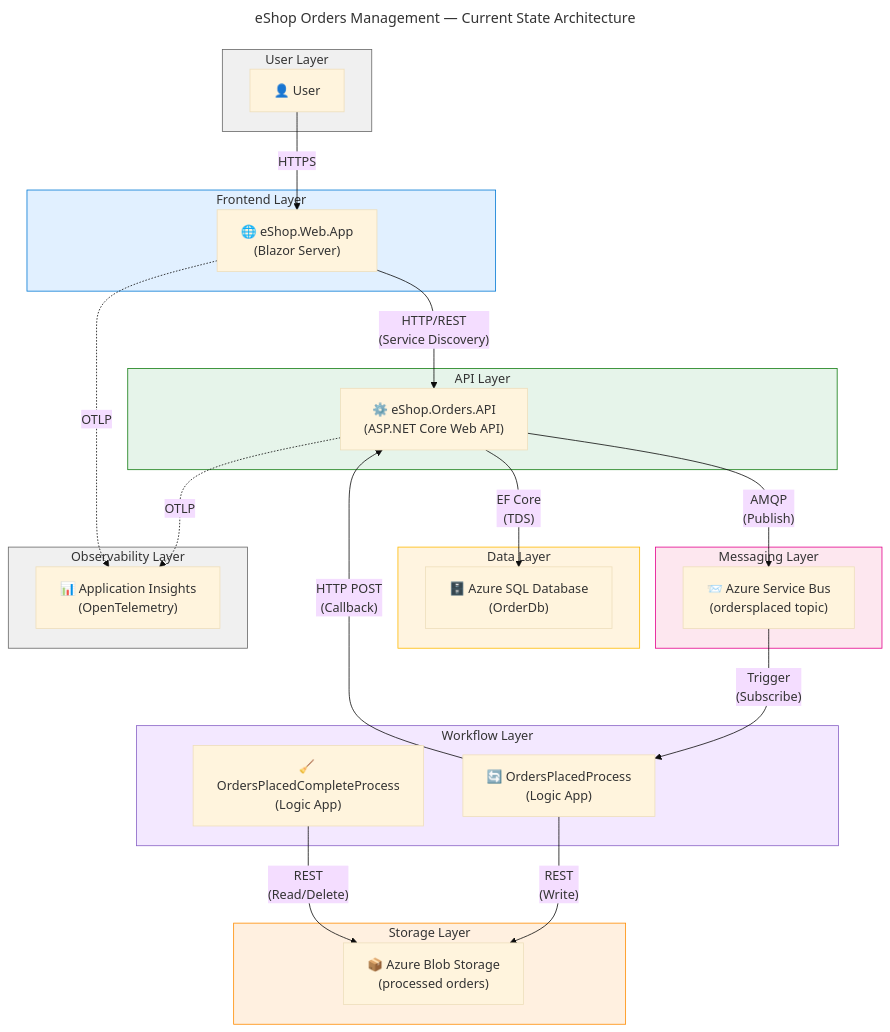
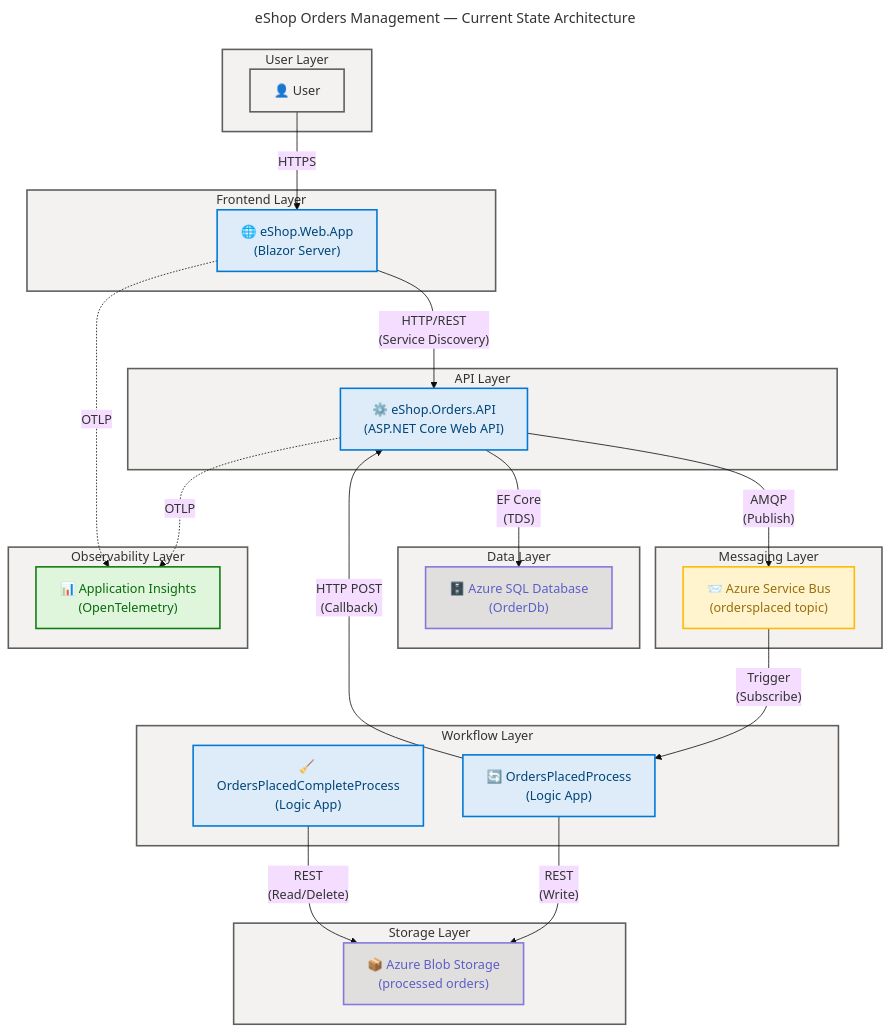
The fifth of 14 diagrams in docs/architecture/application-architecture.md (Evilazaro/Azure-LogicApps-Monitoring), drawn with Mermaid before and after one commit. The commit also changed other lines of this file, not shown here.

Commit message:
Enhance architecture diagrams with improved styling and classification for better clarity and visual distinction of components and services

````diff
--- a/docs/architecture/application-architecture.md
+++ b/docs/architecture/application-architecture.md
@@ -573,36 +573,36 @@
     %% ═══════════════════════════════════════════════════════════════════════════
 
     subgraph UserLayer["User Layer"]
-        User["👤 User"]
+        User["👤 User"]:::external
     end
 
     subgraph FrontendLayer["Frontend Layer"]
-        WebApp["🌐 eShop.Web.App\n(Blazor Server)"]
+        WebApp["🌐 eShop.Web.App\n(Blazor Server)"]:::core
     end
 
     subgraph APILayer["API Layer"]
-        OrdersAPI["⚙️ eShop.Orders.API\n(ASP.NET Core Web API)"]
+        OrdersAPI["⚙️ eShop.Orders.API\n(ASP.NET Core Web API)"]:::core
     end
 
     subgraph DataLayer["Data Layer"]
-        SQLAzure["🗄️ Azure SQL Database\n(OrderDb)"]
+        SQLAzure["🗄️ Azure SQL Database\n(OrderDb)"]:::data
     end
 
     subgraph MessagingLayer["Messaging Layer"]
-        ServiceBus["📨 Azure Service Bus\n(ordersplaced topic)"]
+        ServiceBus["📨 Azure Service Bus\n(ordersplaced topic)"]:::warning
     end
 
     subgraph WorkflowLayer["Workflow Layer"]
-        LogicApp1["🔄 OrdersPlacedProcess\n(Logic App)"]
-        LogicApp2["🧹 OrdersPlacedCompleteProcess\n(Logic App)"]
+        LogicApp1["🔄 OrdersPlacedProcess\n(Logic App)"]:::core
+        LogicApp2["🧹 OrdersPlacedCompleteProcess\n(Logic App)"]:::core
     end
 
     subgraph StorageLayer["Storage Layer"]
-        BlobStorage["📦 Azure Blob Storage\n(processed orders)"]
+        BlobStorage["📦 Azure Blob Storage\n(processed orders)"]:::data
     end
 
     subgraph ObservabilityLayer["Observability Layer"]
-        AppInsights["📊 Application Insights\n(OpenTelemetry)"]
+        AppInsights["📊 Application Insights\n(OpenTelemetry)"]:::success
     end
 
     User -->|"HTTPS"| WebApp
@@ -616,12 +616,18 @@
     OrdersAPI -.->|"OTLP"| AppInsights
     WebApp -.->|"OTLP"| AppInsights
 
-    style UserLayer fill:#f0f0f0,stroke:#666,color:#333
-    style FrontendLayer fill:#e1f0ff,stroke:#0078d4,color:#333
-    style APILayer fill:#e6f4ea,stroke:#107c10,color:#333
-    style DataLayer fill:#fff4e0,stroke:#ffb900,color:#333
-    style MessagingLayer fill:#fde7ef,stroke:#e3008c,color:#333
-    style WorkflowLayer fill:#f3e8ff,stroke:#8661c5,color:#333
-    style StorageLayer fill:#fff0e0,stroke:#ff8c00,color:#333
-    style ObservabilityLayer fill:#f0f0f0,stroke:#666,color:#333
+    style UserLayer fill:#F3F2F1,stroke:#605E5C,stroke-width:2px,color:#323130
+    style FrontendLayer fill:#F3F2F1,stroke:#605E5C,stroke-width:2px,color:#323130
+    style APILayer fill:#F3F2F1,stroke:#605E5C,stroke-width:2px,color:#323130
+    style DataLayer fill:#F3F2F1,stroke:#605E5C,stroke-width:2px,color:#323130
+    style MessagingLayer fill:#F3F2F1,stroke:#605E5C,stroke-width:2px,color:#323130
+    style WorkflowLayer fill:#F3F2F1,stroke:#605E5C,stroke-width:2px,color:#323130
+    style StorageLayer fill:#F3F2F1,stroke:#605E5C,stroke-width:2px,color:#323130
+    style ObservabilityLayer fill:#F3F2F1,stroke:#605E5C,stroke-width:2px,color:#323130
+
+    classDef core fill:#DEECF9,stroke:#0078D4,stroke-width:2px,color:#004578
+    classDef data fill:#E1DFDD,stroke:#8378DE,stroke-width:2px,color:#5B5FC7
+    classDef warning fill:#FFF4CE,stroke:#FFB900,stroke-width:2px,color:#986F0B
+    classDef success fill:#DFF6DD,stroke:#107C10,stroke-width:2px,color:#0B6A0B
+    classDef external fill:#F3F2F1,stroke:#605E5C,stroke-width:2px,color:#323130
 ```
````
